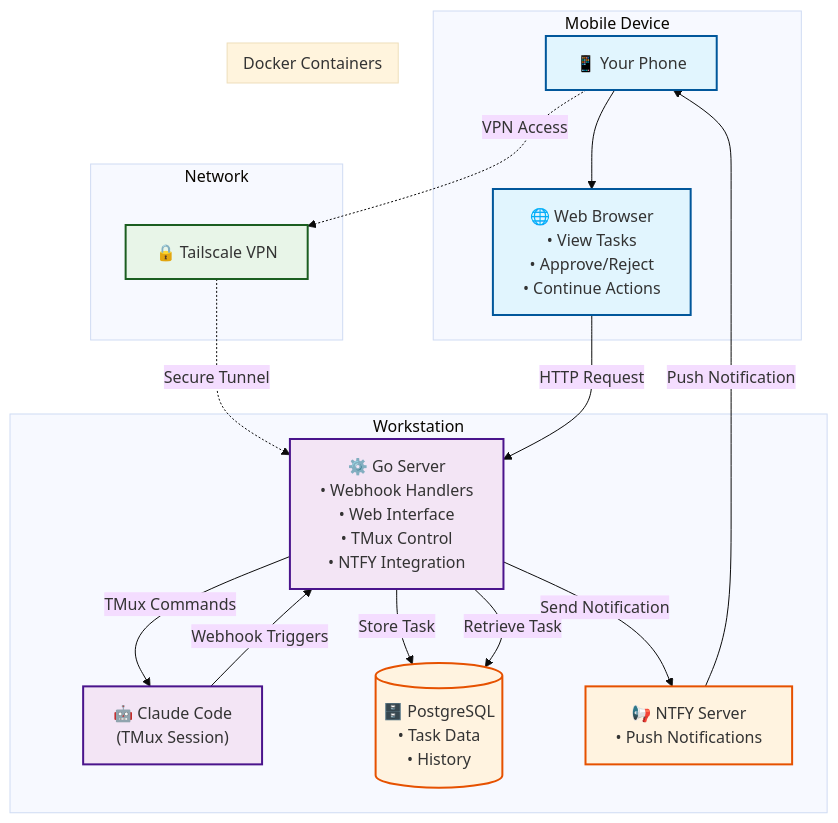
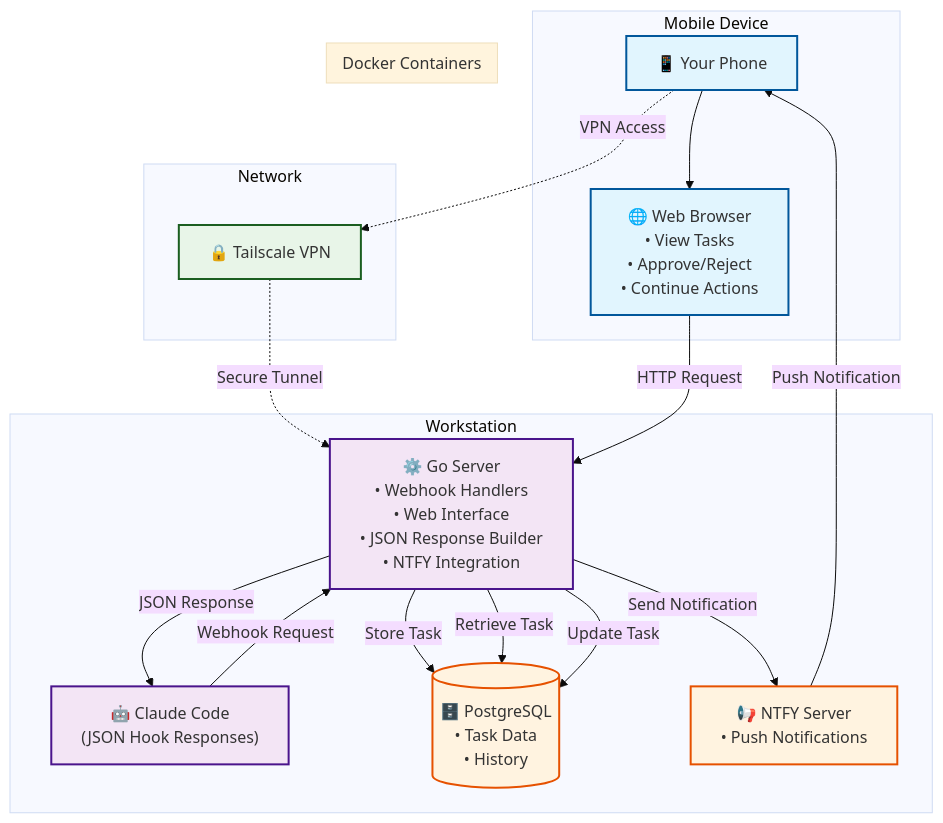
The first of 2 diagrams in README.md (danshank/haiper), drawn with Mermaid (base theme) before and after one commit. The commit also changed other lines of this file and 17 other files, not shown here.

First line of the commit message:
Refactor to JSON-based Claude Code hook response architecture

````diff
--- a/README.md
+++ b/README.md
@@ -29,53 +29,54 @@
 ```mermaid
 graph TB
     %% User Devices
     subgraph "Mobile Device"
         Phone["📱 Your Phone"]
         Browser["🌐 Web Browser<br/>• View Tasks<br/>• Approve/Reject<br/>• Continue Actions"]
         Phone --> Browser
     end
     
     subgraph "Workstation"
-        Claude["🤖 Claude Code<br/>(TMux Session)"]
-        GoServer["⚙️ Go Server<br/>• Webhook Handlers<br/>• Web Interface<br/>• TMux Control<br/>• NTFY Integration"]
+        Claude["🤖 Claude Code<br/>(JSON Hook Responses)"]
+        GoServer["⚙️ Go Server<br/>• Webhook Handlers<br/>• Web Interface<br/>• JSON Response Builder<br/>• NTFY Integration"]
         DB[("🗄️ PostgreSQL<br/>• Task Data<br/>• History")]
         NTFY["📢 NTFY Server<br/>• Push Notifications"]
     end
     
     %% Network Layer
     subgraph "Network"
         Tailscale["🔒 Tailscale VPN"]
     end
     
     %% Connections
     Phone -.->|VPN Access| Tailscale
     Tailscale -.->|Secure Tunnel| GoServer
     
     %% Claude Code Flow
-    Claude -->|Webhook Triggers| GoServer
+    Claude -->|Webhook Request| GoServer
     GoServer -->|Store Task| DB
     GoServer -->|Send Notification| NTFY
+    GoServer -->|JSON Response| Claude
     NTFY -->|Push Notification| Phone
     
     %% User Interaction Flow
     Browser -->|HTTP Request| GoServer
     GoServer -->|Retrieve Task| DB
-    GoServer -->|TMux Commands| Claude
+    GoServer -->|Update Task| DB
     
     %% Docker Services
     subgraph "Docker Containers"
         DB
         NTFY
     end
     
     %% Styling
     classDef userDevice fill:#e1f5fe,stroke:#01579b,stroke-width:2px
     classDef workstation fill:#f3e5f5,stroke:#4a148c,stroke-width:2px
     classDef network fill:#e8f5e8,stroke:#1b5e20,stroke-width:2px
     classDef docker fill:#fff3e0,stroke:#e65100,stroke-width:2px
     
     class Phone,Browser userDevice
     class Claude,GoServer workstation
     class Tailscale network
     class DB,NTFY docker
 ```
````
